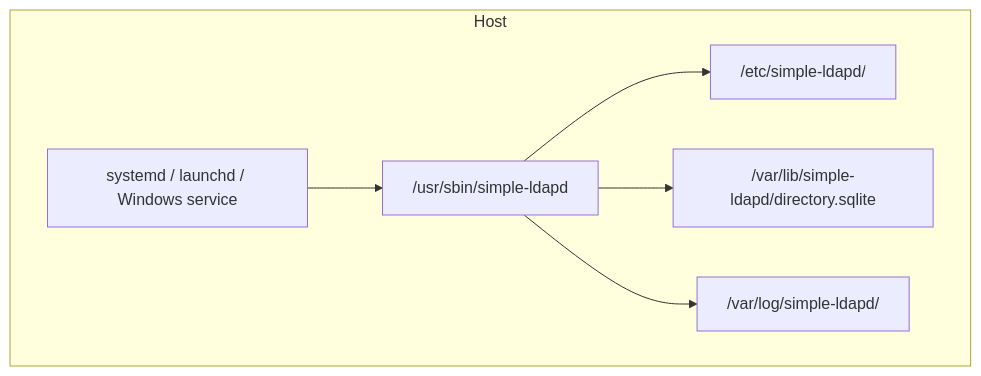
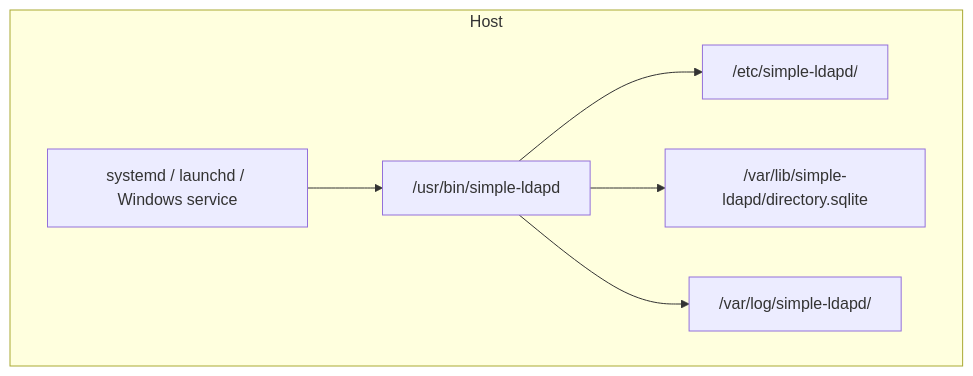
The second of 2 diagrams in docs/diagrams/deployment.md (SimpleDaemons/simple-ldapd), drawn with Mermaid before and after one commit. The commit also changed other lines of this file and 45 other files, not shown here.

````diff
--- a/docs/diagrams/deployment.md
+++ b/docs/diagrams/deployment.md
@@ -29,15 +29,15 @@
 ```mermaid
 flowchart TB
   subgraph os [Host]
-    Bin["/usr/sbin/simple-ldapd"]
+    Bin["/usr/bin/simple-ldapd"]
     Conf["/etc/simple-ldapd/"]
     Data["/var/lib/simple-ldapd/directory.sqlite"]
     Logs["/var/log/simple-ldapd/"]
     Unit[systemd / launchd / Windows service]
   end
 
   Unit --> Bin
   Bin --> Conf
   Bin --> Data
   Bin --> Logs
 ```
````
